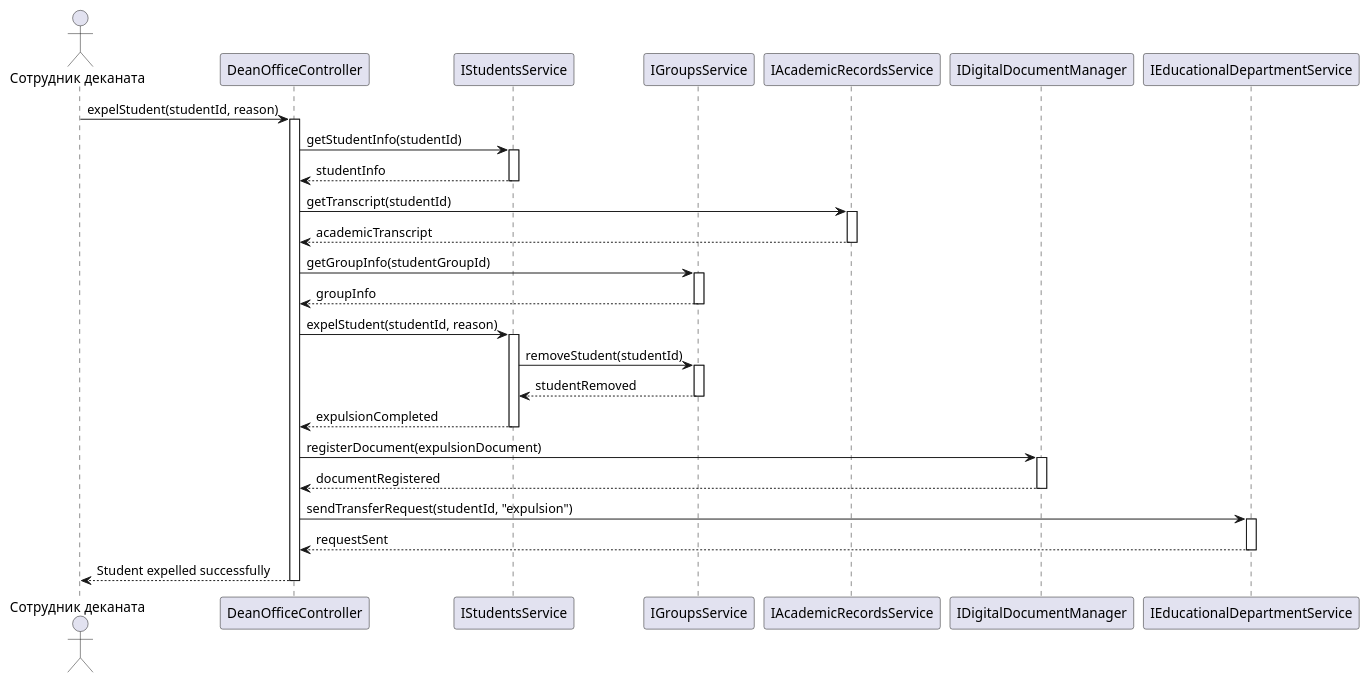
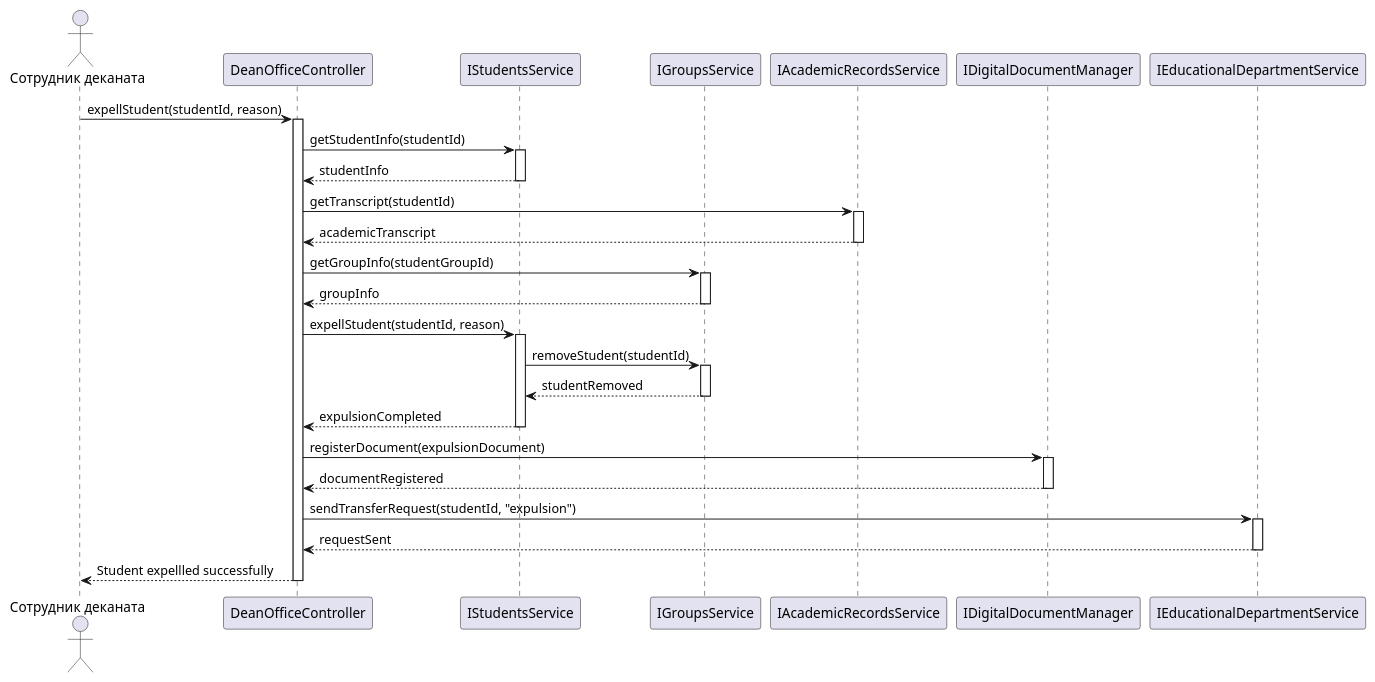
The diagram in Диаграмма последовательности Отчисление студента.md (penamarth/bsbo-01-23_team3_var4_dekanat), drawn with PlantUML before and after one commit.

Commit message:
Update Диаграмма последовательности Отчисление студента.md

````diff
--- a/Диаграмма последовательности Отчисление студента.md
+++ b/Диаграмма последовательности Отчисление студента.md
@@ -1,53 +1,53 @@
 ```plantuml
 @startuml
 actor "Сотрудник деканата" as DeanWorker
 participant "DeanOfficeController" as DO
 participant "IStudentsService" as ISS
 participant "IGroupsService" as IGS
 participant "IAcademicRecordsService" as IARS
 participant "IDigitalDocumentManager" as IDDM
 participant "IEducationalDepartmentService" as IEDS
 
-DeanWorker -> DO: expelStudent(studentId, reason)
+DeanWorker -> DO: expellStudent(studentId, reason)
 activate DO
 
 DO -> ISS: getStudentInfo(studentId)
 activate ISS
 ISS --> DO: studentInfo
 deactivate ISS
 
 DO -> IARS: getTranscript(studentId)
 activate IARS
 IARS --> DO: academicTranscript
 deactivate IARS
 
 DO -> IGS: getGroupInfo(studentGroupId)
 activate IGS
 IGS --> DO: groupInfo
 deactivate IGS
 
-DO -> ISS: expelStudent(studentId, reason)
+DO -> ISS: expellStudent(studentId, reason)
 activate ISS
 
 ISS -> IGS: removeStudent(studentId)
 activate IGS
 IGS --> ISS: studentRemoved
 deactivate IGS
 
 ISS --> DO: expulsionCompleted
 deactivate ISS
 
 DO -> IDDM: registerDocument(expulsionDocument)
 activate IDDM
 IDDM --> DO: documentRegistered
 deactivate IDDM
 
 DO -> IEDS: sendTransferRequest(studentId, "expulsion")
 activate IEDS
 IEDS --> DO: requestSent
 deactivate IEDS
 
-DO --> DeanWorker: Student expelled successfully
+DO --> DeanWorker: Student expellled successfully
 deactivate DO
 @enduml
 ```
````
